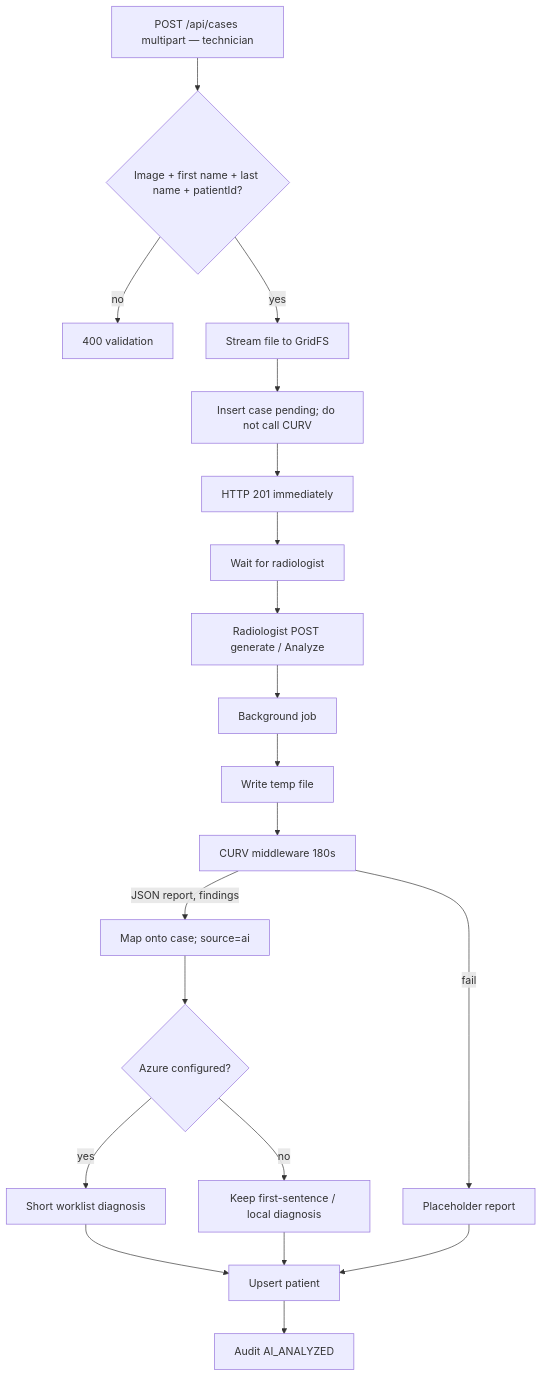
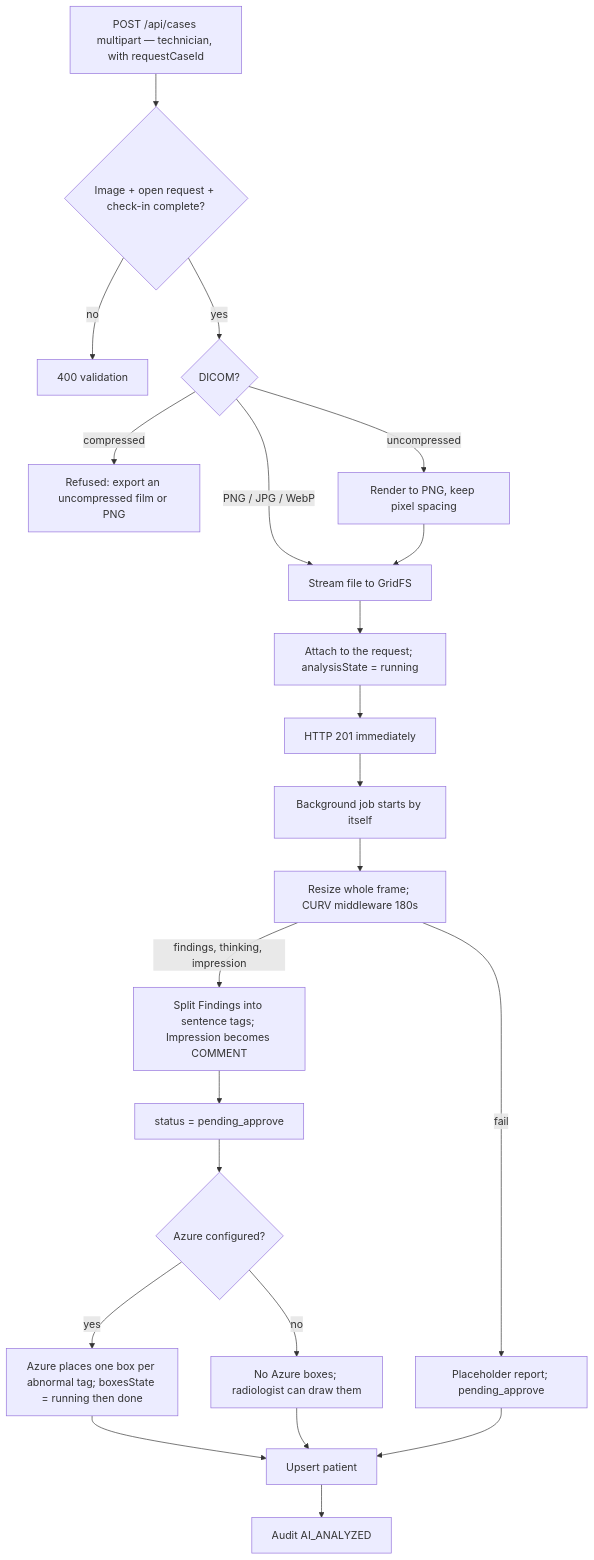
Before and after one commit to 23226609/Radassist: the third of 7 diagrams in docs/fyp-project-plan-and-initial-analysis.md, drawn with Mermaid. The commit also changed other lines of this file and 32 other files, not shown here.

````diff
--- a/docs/fyp-project-plan-and-initial-analysis.md
+++ b/docs/fyp-project-plan-and-initial-analysis.md
@@ -581,22 +589,24 @@
 ```mermaid
 flowchart TD
-  S[POST /api/cases multipart — technician] --> V{Image + first name + last name + patientId?}
+  S[POST /api/cases multipart — technician, with requestCaseId] --> V{Image + open request + check-in complete?}
   V -->|no| E1[400 validation]
-  V -->|yes| GFS[Stream file to GridFS]
-  GFS --> SAVE[Insert case pending; do not call CURV]
+  V -->|yes| DC{DICOM?}
+  DC -->|compressed| E2[Refused: export an uncompressed film or PNG]
+  DC -->|uncompressed| PNG[Render to PNG, keep pixel spacing]
+  DC -->|PNG / JPG / WebP| GFS[Stream file to GridFS]
+  PNG --> GFS
+  GFS --> SAVE[Attach to the request; analysisState = running]
   SAVE --> R201[HTTP 201 immediately]
-  R201 --> WAIT[Wait for radiologist]
-  WAIT --> CLICK[Radiologist POST generate / Analyze]
-  CLICK --> BG[Background job]
-  BG --> TMP[Write temp file]
-  TMP --> AI[CURV middleware 180s]
-  AI -->|JSON report, findings| MAP[Map onto case; source=ai]
-  MAP --> AZ{Azure configured?}
-  AZ -->|yes| DIAG[Short worklist diagnosis]
-  AZ -->|no| LOCAL[Keep first-sentence / local diagnosis]
-  DIAG --> UP[Upsert patient]
-  LOCAL --> UP
+  R201 --> BG[Background job starts by itself]
+  BG --> AI[Resize whole frame; CURV middleware 180s]
+  AI -->|findings, thinking, impression| MAP[Split Findings into sentence tags; Impression becomes COMMENT]
+  MAP --> PA[status = pending_approve]
+  PA --> AZ{Azure configured?}
+  AZ -->|yes| BOX[Azure places one box per abnormal tag; boxesState = running then done]
+  AZ -->|no| NOBOX[No Azure boxes; radiologist can draw them]
+  BOX --> UP[Upsert patient]
+  NOBOX --> UP
   UP --> AUD[Audit AI_ANALYZED]
-  AI -->|fail| PH[Placeholder report]
+  AI -->|fail| PH[Placeholder report; pending_approve]
   PH --> UP
 ```
````
